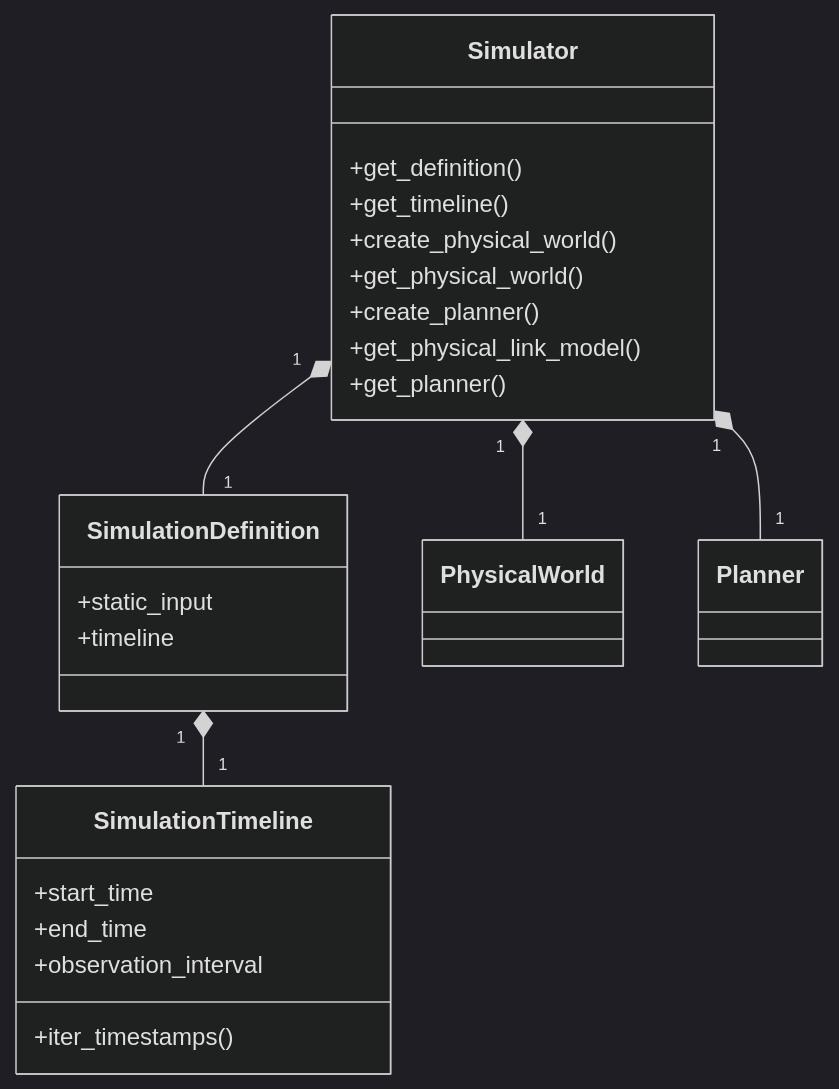
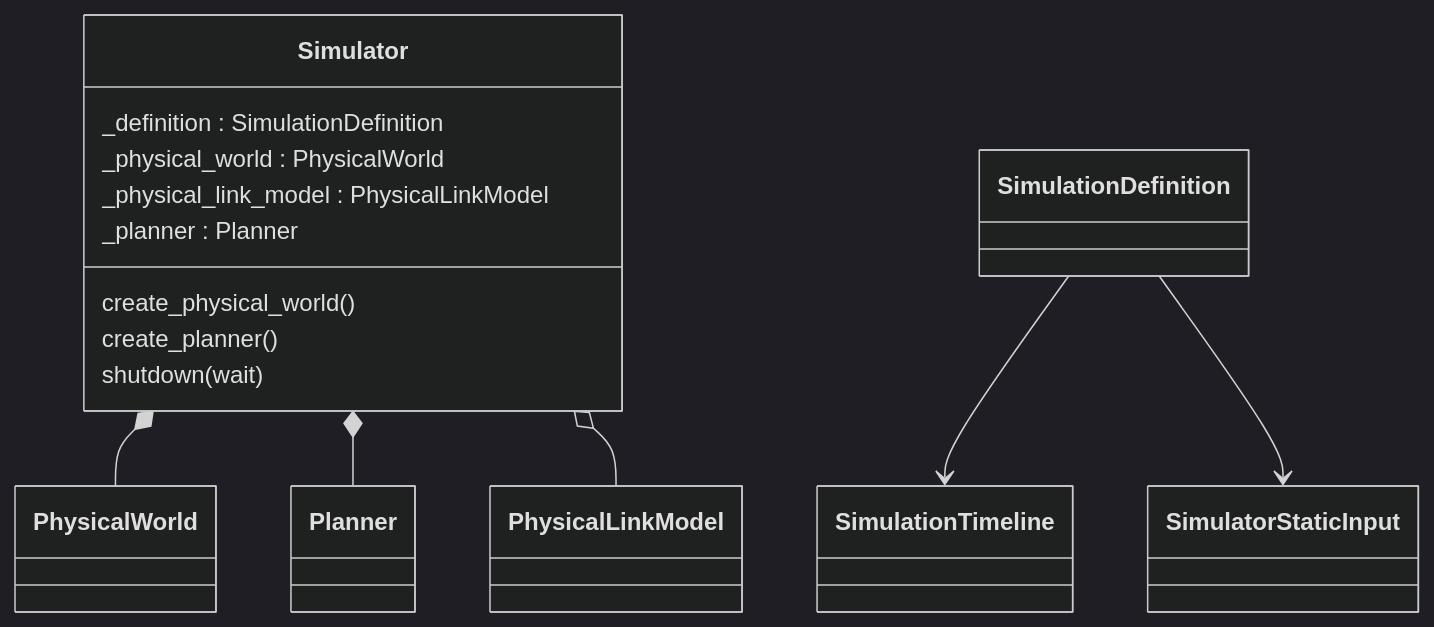
The diagram in skyseed_v2/src/skyseed_v2/simulator/README.md (seed-labs/skyseed), drawn with Mermaid (dark theme) before and after one commit. The commit also changed other lines of this file and 1324 other files, not shown here.

````diff
--- a/skyseed_v2/src/skyseed_v2/simulator/README.md
+++ b/skyseed_v2/src/skyseed_v2/simulator/README.md
@@ -19,29 +8,17 @@
 ```mermaid
 classDiagram
-    class SimulationDefinition {
-        +static_input
-        +timeline
+    class Simulator {
+        _definition : SimulationDefinition
+        _physical_world : PhysicalWorld
+        _physical_link_model : PhysicalLinkModel
+        _planner : Planner
+        create_physical_world()
+        create_planner()
+        shutdown(wait)
     }
-    class SimulationTimeline {
-        +start_time
-        +end_time
-        +observation_interval
-        +iter_timestamps()
-    }
-    class Simulator {
-        +get_definition()
-        +get_timeline()
-        +create_physical_world()
-        +get_physical_world()
-        +create_planner()
-        +get_physical_link_model()
-        +get_planner()
-    }
-    class PhysicalWorld
-    class Planner
-
-    SimulationDefinition "1" *-- "1" SimulationTimeline
-    Simulator "1" *-- "1" SimulationDefinition
-    Simulator "1" *-- "1" PhysicalWorld
-    Simulator "1" *-- "1" Planner
+    Simulator *-- PhysicalWorld
+    Simulator *-- Planner
+    Simulator o-- PhysicalLinkModel
+    SimulationDefinition --> SimulationTimeline
+    SimulationDefinition --> SimulatorStaticInput
 ```
````
